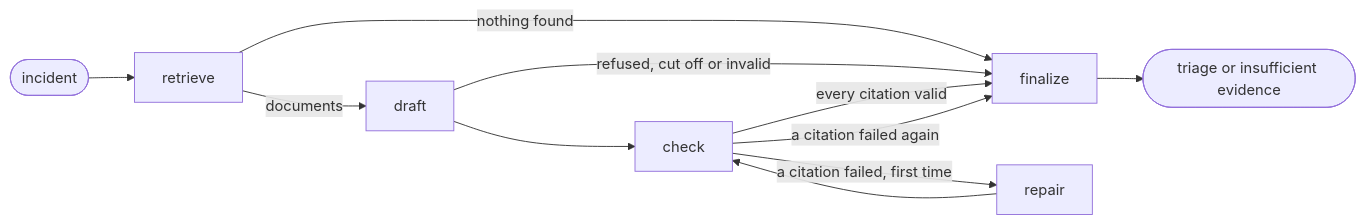
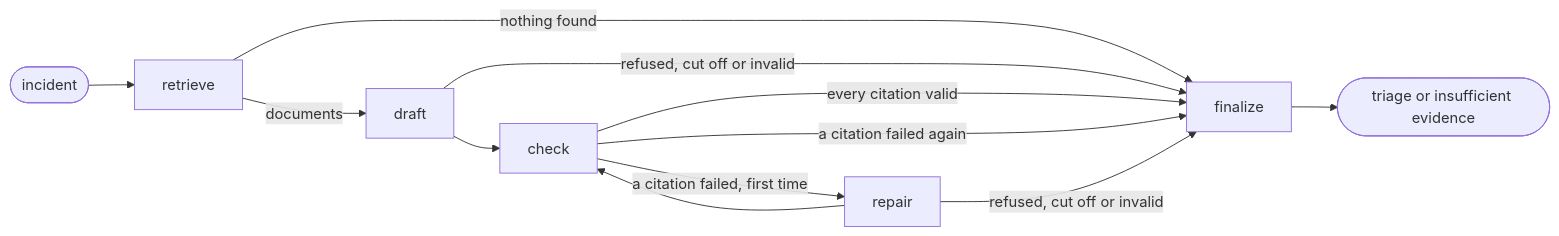
Before and after one commit to realjoegz/incident-triage-agent: the diagram in docs/design.md, drawn with Mermaid. The commit also changed other lines of this file and 6 other files, not shown here.

````diff
--- a/docs/design.md
+++ b/docs/design.md
@@ -18,13 +18,14 @@
 ```mermaid
 flowchart LR
     S([incident]) --> R[retrieve]
     R -->|documents| D[draft]
     R -->|nothing found| F[finalize]
     D --> C[check]
     D -->|refused, cut off or invalid| F
     C -->|every citation valid| F
     C -->|a citation failed, first time| P[repair]
     C -->|a citation failed again| F
     P --> C
+    P -->|refused, cut off or invalid| F
     F --> T([triage or insufficient evidence])
 ```
````
